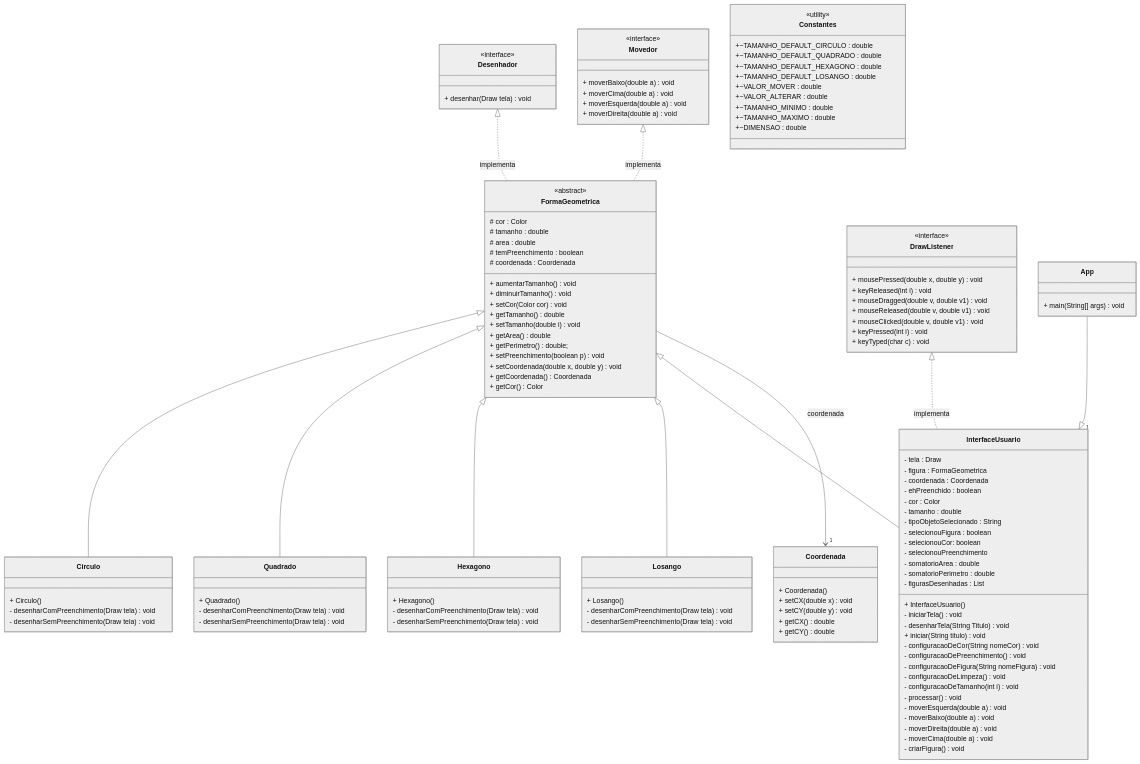
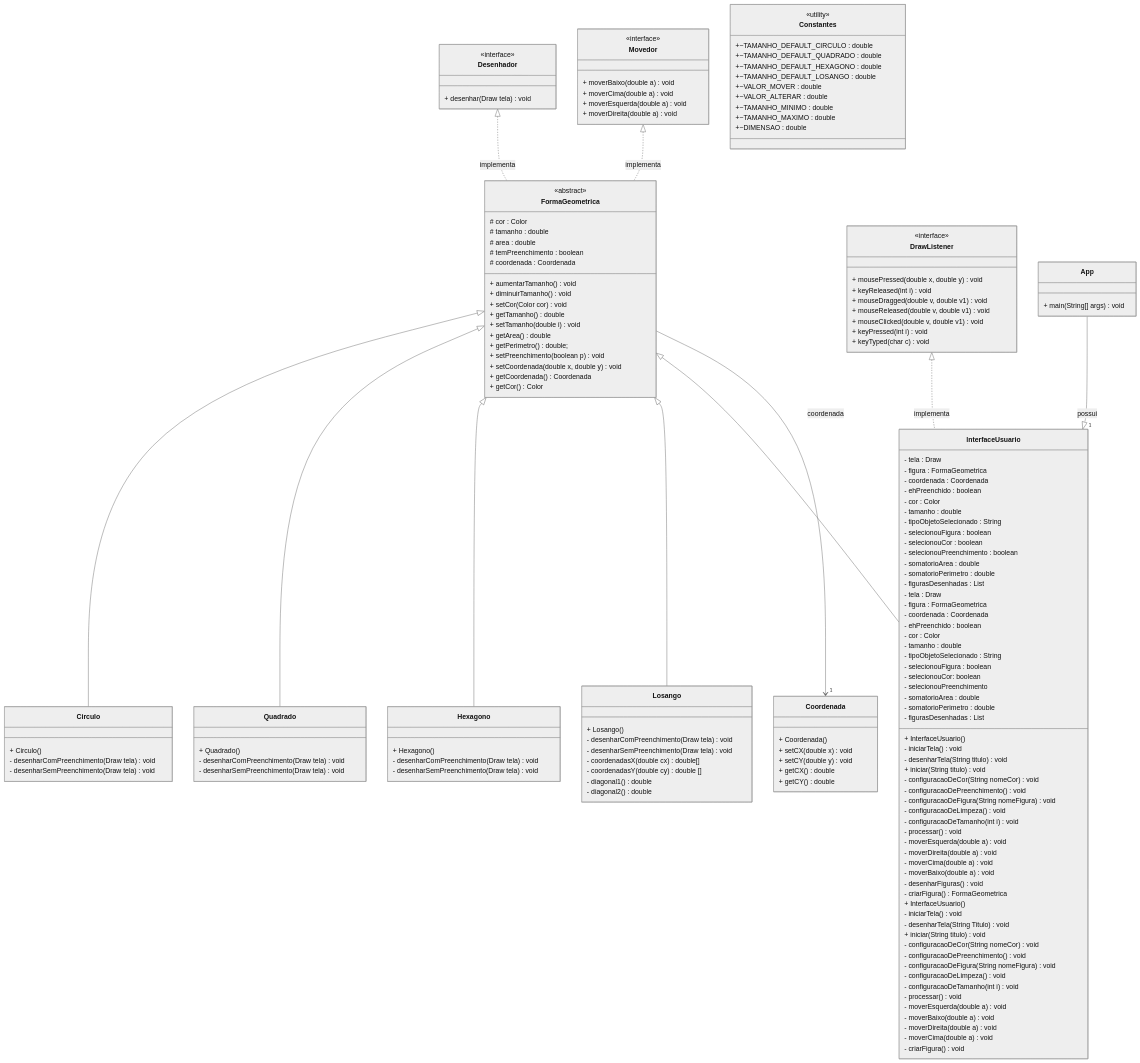
One commit to sergio-prolo-class/lista-4-igor1023 changed the diagram in readme.md. Above: the diagram before and after it, drawn with Mermaid (neutral theme). The commit also changed 1 other file, not shown here.

Commit message:
Finalizado diagrama de classe UML

```diff
--- a/readme.md
+++ b/readme.md
@@ -126,6 +126,45 @@
         + Losango()
         - desenharComPreenchimento(Draw tela) void
         - desenharSemPreenchimento(Draw tela) void
+        - coordenadasX(double cx) double[]
+        - coordenadasY(double cy) double []
+        - diagonal1() double
+        - diagonal2() double
+    }
+
+    class InterfaceUsuario {
+
+        - tela : Draw
+        - figura : FormaGeometrica
+        - coordenada : Coordenada
+        - ehPreenchido : boolean
+        - cor : Color
+        - tamanho : double
+        - tipoObjetoSelecionado : String
+        - selecionouFigura : boolean
+        - selecionouCor : boolean
+        - selecionouPreenchimento : boolean
+        - somatorioArea : double
+        - somatorioPerimetro : double
+        - figurasDesenhadas : List<FormaGeometrica>
+
+        + InterfaceUsuario()
+        - iniciarTela() void
+        - desenharTela(String titulo) void
+        + iniciar(String titulo) void
+        - configuracaoDeCor(String nomeCor) void
+        - configuracaoDePreenchimento() void
+        - configuracaoDeFigura(String nomeFigura) void
+        - configuracaoDeLimpeza() void
+        - configuracaoDeTamanho(int i) void
+        - processar() void
+        - moverEsquerda(double a) void
+        - moverDireita(double a) void
+        - moverCima(double a) void
+        - moverBaixo(double a) void
+        - desenharFiguras() void
+        - criarFigura() FormaGeometrica
+
     }
 
     class App{
@@ -189,7 +228,7 @@
     FormaGeometrica <|-- Hexagono
     FormaGeometrica <|-- Losango
     FormaGeometrica <|-- InterfaceUsuario
-    App --|> "1" InterfaceUsuario
+    App --|> "1" InterfaceUsuario : possui
     FormaGeometrica --> "1" Coordenada : coordenada
     Desenhador <|.. FormaGeometrica : implementa
     Movedor <|.. FormaGeometrica : implementa
```
